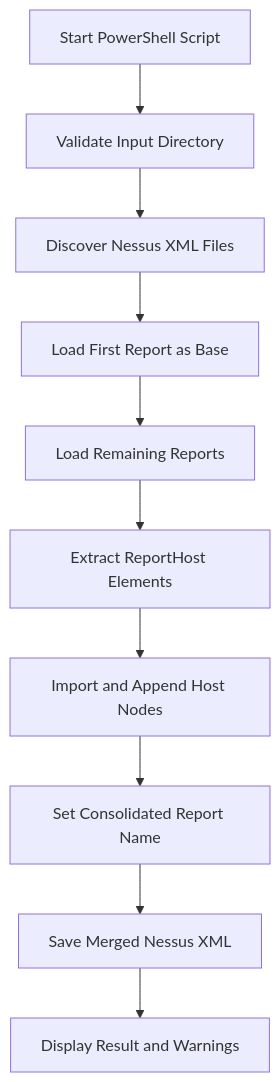
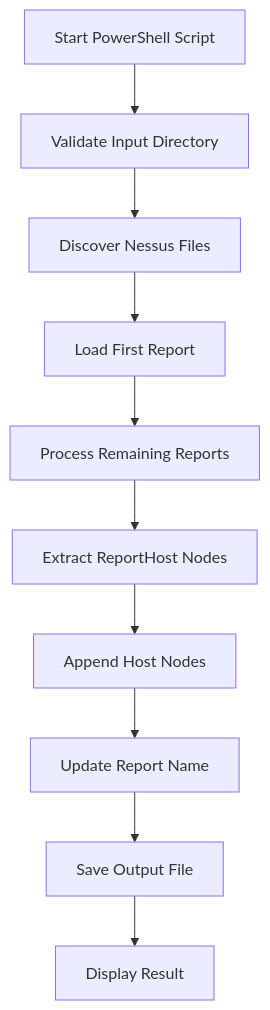
The diagram in README.md (karthitom/Nessus-Merger), drawn with Mermaid before and after one commit. The commit also changed other lines of this file, not shown here.

````diff
--- a/README.md
+++ b/README.md
@@ -202,12 +211,12 @@
 ```mermaid
 flowchart TD
     A[Start PowerShell Script] --> B[Validate Input Directory]
-    B --> C[Discover Nessus XML Files]
-    C --> D[Load First Report as Base]
-    D --> E[Load Remaining Reports]
-    E --> F[Extract ReportHost Elements]
-    F --> G[Import and Append Host Nodes]
-    G --> H[Set Consolidated Report Name]
-    H --> I[Save Merged Nessus XML]
-    I --> J[Display Result and Warnings]
+    B --> C[Discover Nessus Files]
+    C --> D[Load First Report]
+    D --> E[Process Remaining Reports]
+    E --> F[Extract ReportHost Nodes]
+    F --> G[Append Host Nodes]
+    G --> H[Update Report Name]
+    H --> I[Save Output File]
+    I --> J[Display Result]
 ```
````
